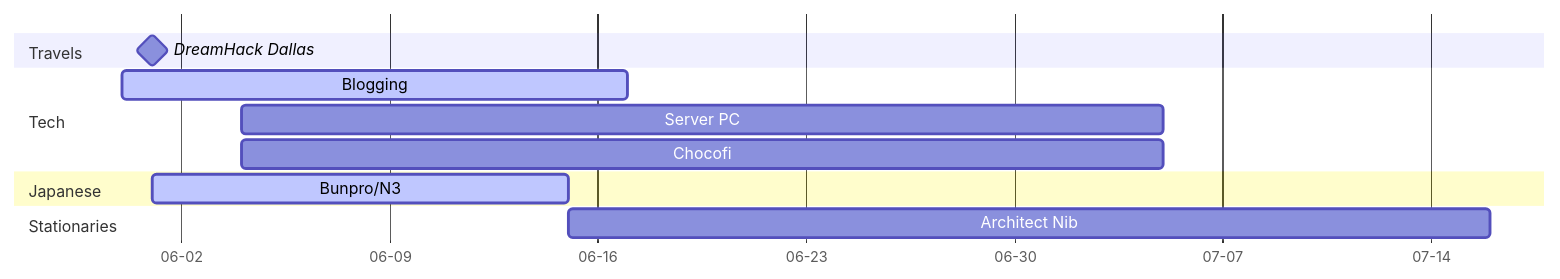
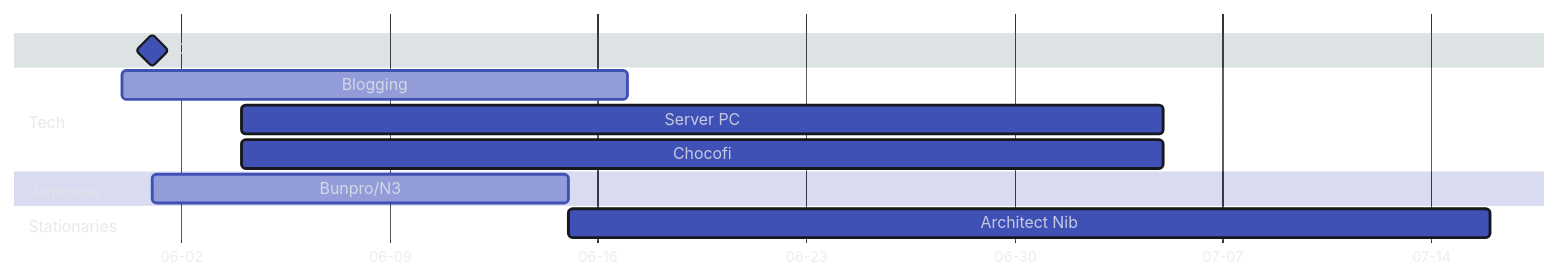
The diagram in docs/index.md (Serralq/Project-Norn), drawn with Mermaid before and after one commit. The commit also changed other lines of this file and 2 other files, not shown here.

Commit message:
Nested the gantt chart

````diff
--- a/docs/index.md
+++ b/docs/index.md
@@ -46,20 +47,34 @@
-``` mermaid
-gantt
-    dateFormat YY-MM-DD
-    axisFormat %m-%d
-    tickInterval 1week
-    todayMarker stroke-width:3px,stroke:#E2E4E9,opacity:0.5
-    section Travels
-        DreamHack Dallas          :milestone,  v1, 24-06-01, 0d
-
-    section Tech
-        Blogging                  :active,     t1, 24-05-31, 24-06-17
-        Server PC                 :            t2, 24-06-04, 31d
-        Chocofi                   :            t3, 24-06-04, 31d
-
-    section Japanese
-        Bunpro/N3                  :active,     j1, 24-06-01, 24-06-15
+    ``` mermaid
+    %%{
+      init: {
+        'theme': 'base',
+        'themeVariables': {
+            'darkMode': 'true',
+            'fontFamily': 'hermit',
+            'primaryColor': '#4051b5',
+            'primaryBorderColor': '#16181D',
+            'tertiaryColor': '#546d78',
+            'tertiaryTextColor': '#E2E4E9D1',
+            'textColor': '#E2E4E9D1'
+        }
+      }
+    }%%
+    gantt
+        dateFormat YY-MM-DD
+        axisFormat %m-%d
+        tickInterval 1week
+        todayMarker stroke-width:3px,stroke:#E2E4E9,opacity:0.5
+        section Travels
+            DreamHack Dallas          :milestone,  v1, 24-06-01, 0d
     
-    section Stationaries
-        Architect Nib             :            s1, 24-06-15, 31d
-```
+        section Tech
+            Blogging                  :active,     t1, 24-05-31, 24-06-17
+            Server PC                 :            t2, 24-06-04, 31d
+            Chocofi                   :            t3, 24-06-04, 31d
+    
+        section Japanese
+            Bunpro/N3                  :active,     j1, 24-06-01, 24-06-15
+        
+        section Stationaries
+            Architect Nib             :            s1, 24-06-15, 31d
+    ```
````
